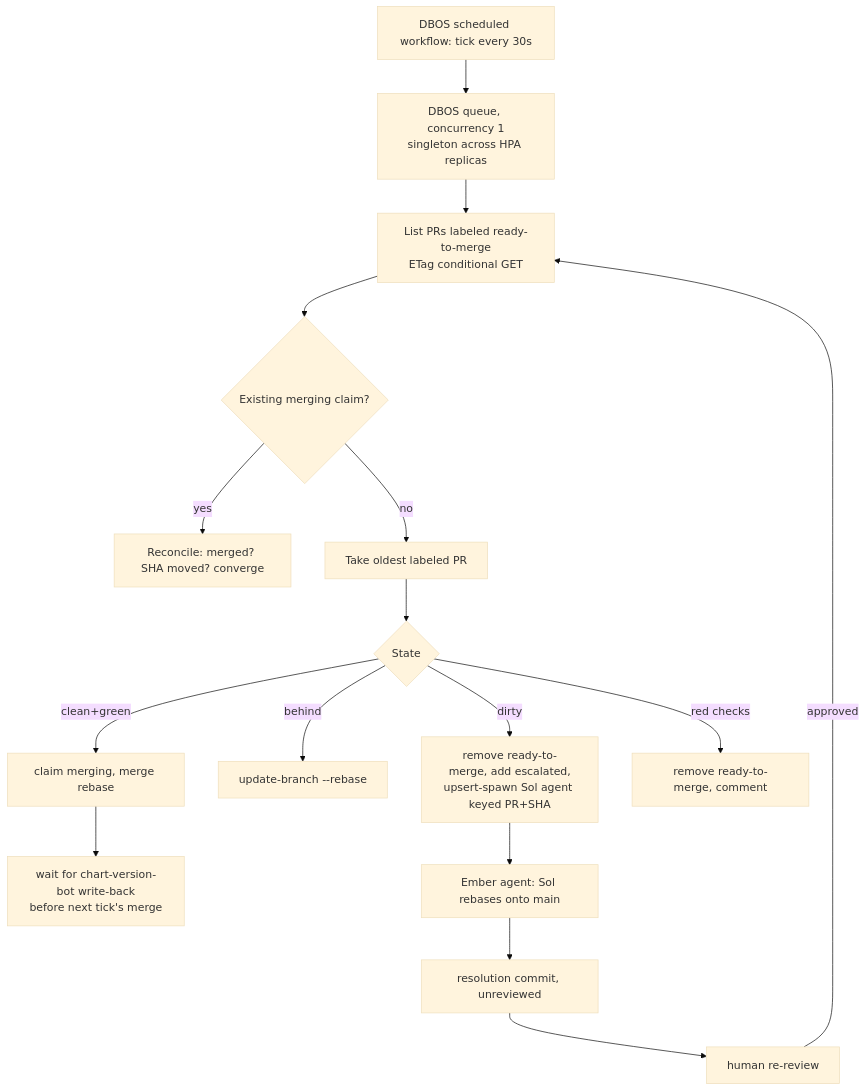
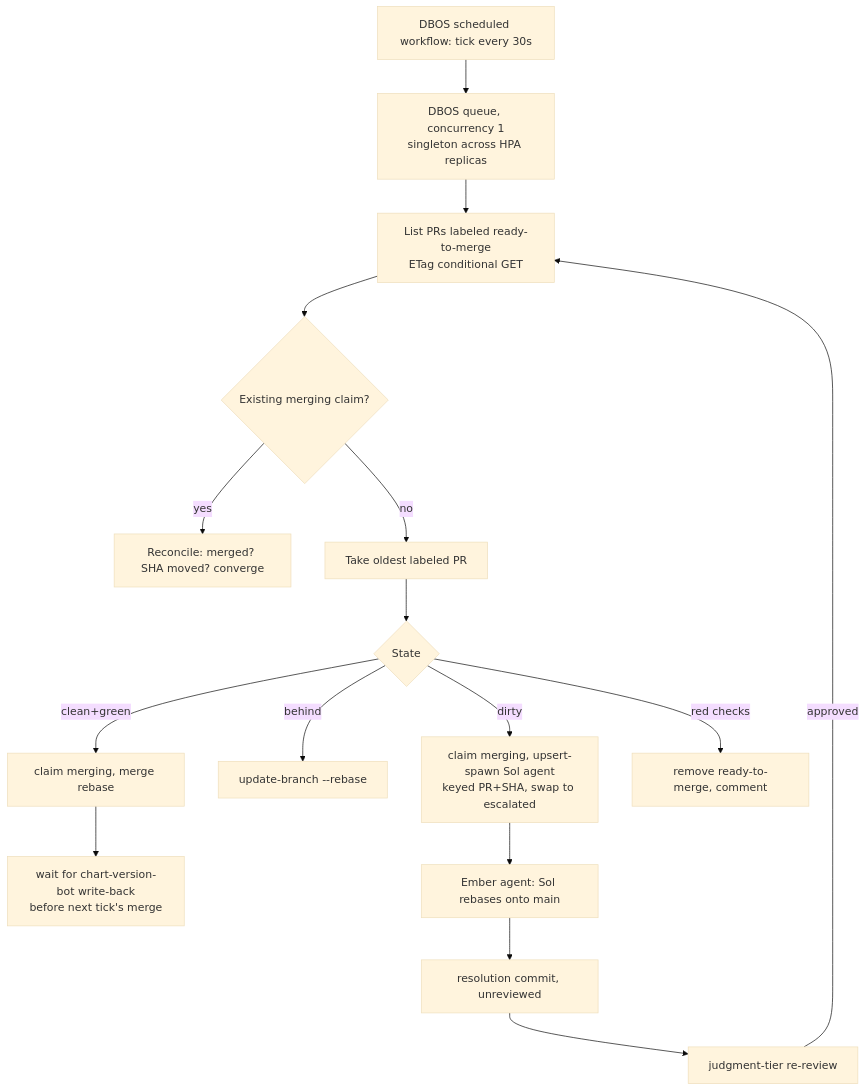
One commit to jomcgi-org/homelab changed the diagram in docs/decisions/platform/014-stateless-merge-queue-reconciler.md. Above: the diagram before and after it, drawn with Mermaid (base theme). The commit also changed other lines of this file and 2 other files, not shown here.

First line of the commit message:
docs(platform): address ADR 014 review findings

````diff
--- a/docs/decisions/platform/014-stateless-merge-queue-reconciler.md
+++ b/docs/decisions/platform/014-stateless-merge-queue-reconciler.md
@@ -132,18 +143,18 @@
 ```mermaid
 graph TD
     T[DBOS scheduled workflow: tick every 30s] --> Q[DBOS queue, concurrency 1<br/>singleton across HPA replicas]
     Q --> L[List PRs labeled ready-to-merge<br/>ETag conditional GET]
     L --> R{Existing merging claim?}
     R -->|yes| CV[Reconcile: merged? SHA moved? converge]
     R -->|no| N[Take oldest labeled PR]
     N --> S{State}
     S -->|clean+green| M[claim merging, merge rebase]
     S -->|behind| U[update-branch --rebase]
-    S -->|dirty| E[remove ready-to-merge, add escalated,<br/>upsert-spawn Sol agent keyed PR+SHA]
+    S -->|dirty| E[claim merging, upsert-spawn Sol agent<br/>keyed PR+SHA, swap to escalated]
     S -->|red checks| X[remove ready-to-merge, comment]
     M --> W[wait for chart-version-bot write-back<br/>before next tick's merge]
     E --> AG[Ember agent: Sol rebases onto main]
     AG --> RC[resolution commit, unreviewed]
-    RC --> RV[human re-review]
+    RC --> RV[judgment-tier re-review]
     RV -->|approved| L
 ```
````
